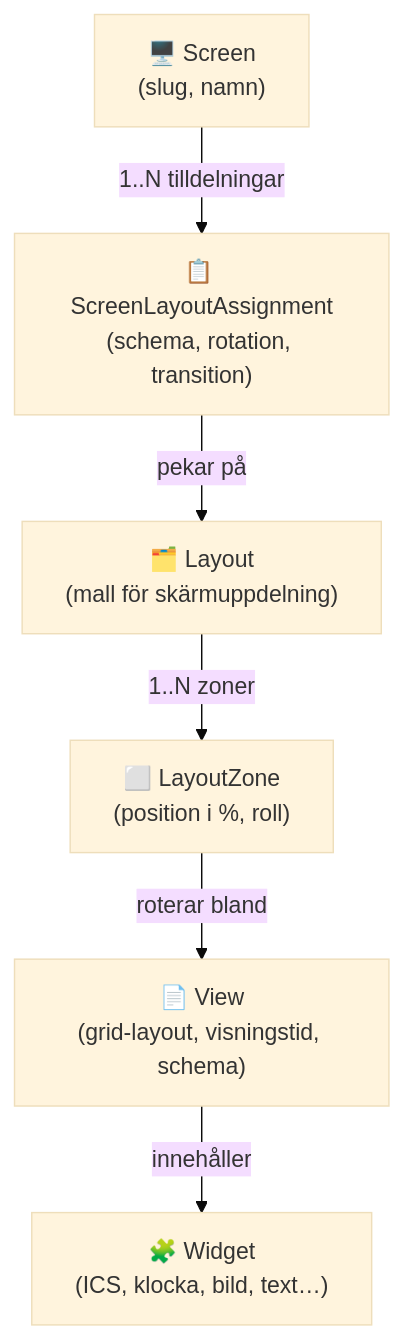
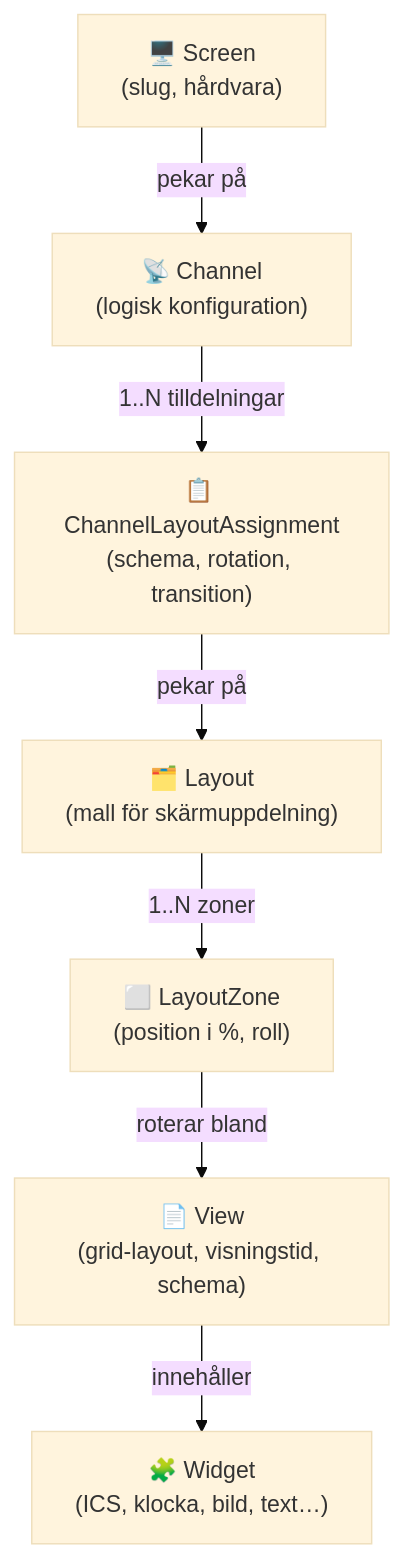
Before and after one commit to Armandur/svk-dash: the second of 3 diagrams in README.md, drawn with Mermaid (base theme). The commit also changed other lines of this file and 2 other files, not shown here.

First line of the commit message:
Uppdatera README, ROADMAP och skarmar-plan

````diff
--- a/README.md
+++ b/README.md
@@ -64,15 +64,17 @@
 ```mermaid
 graph TD
-    SCR["🖥️ Screen\n(slug, namn)"]
-    SLA["📋 ScreenLayoutAssignment\n(schema, rotation, transition)"]
+    SCR["🖥️ Screen\n(slug, hårdvara)"]
+    CHA["📡 Channel\n(logisk konfiguration)"]
+    CLA["📋 ChannelLayoutAssignment\n(schema, rotation, transition)"]
     LAY["🗂️ Layout\n(mall för skärmuppdelning)"]
     ZON["⬜ LayoutZone\n(position i %, roll)"]
     VIE["📄 View\n(grid-layout, visningstid, schema)"]
     WID["🧩 Widget\n(ICS, klocka, bild, text…)"]
 
-    SCR -->|"1..N tilldelningar"| SLA
-    SLA -->|"pekar på"| LAY
+    SCR -->|"pekar på"| CHA
+    CHA -->|"1..N tilldelningar"| CLA
+    CLA -->|"pekar på"| LAY
     LAY -->|"1..N zoner"| ZON
     ZON -->|"roterar bland"| VIE
     VIE -->|"innehåller"| WID
 ```
````
